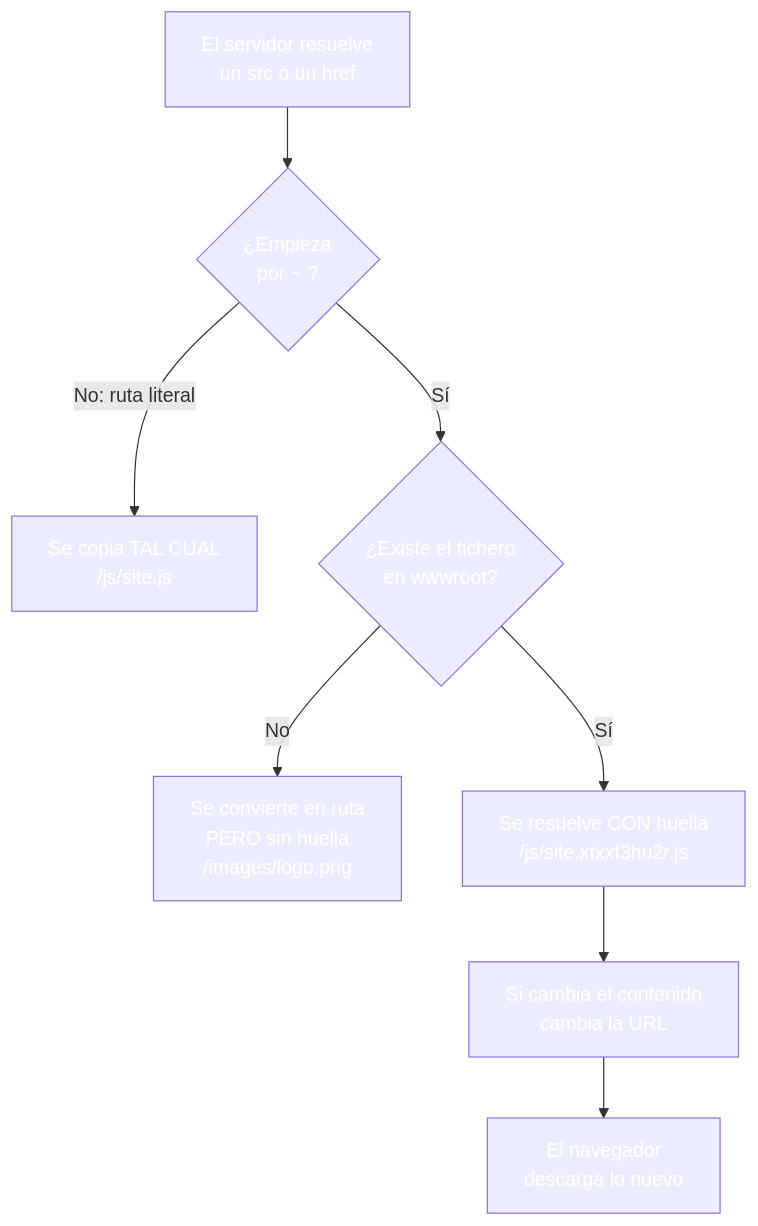
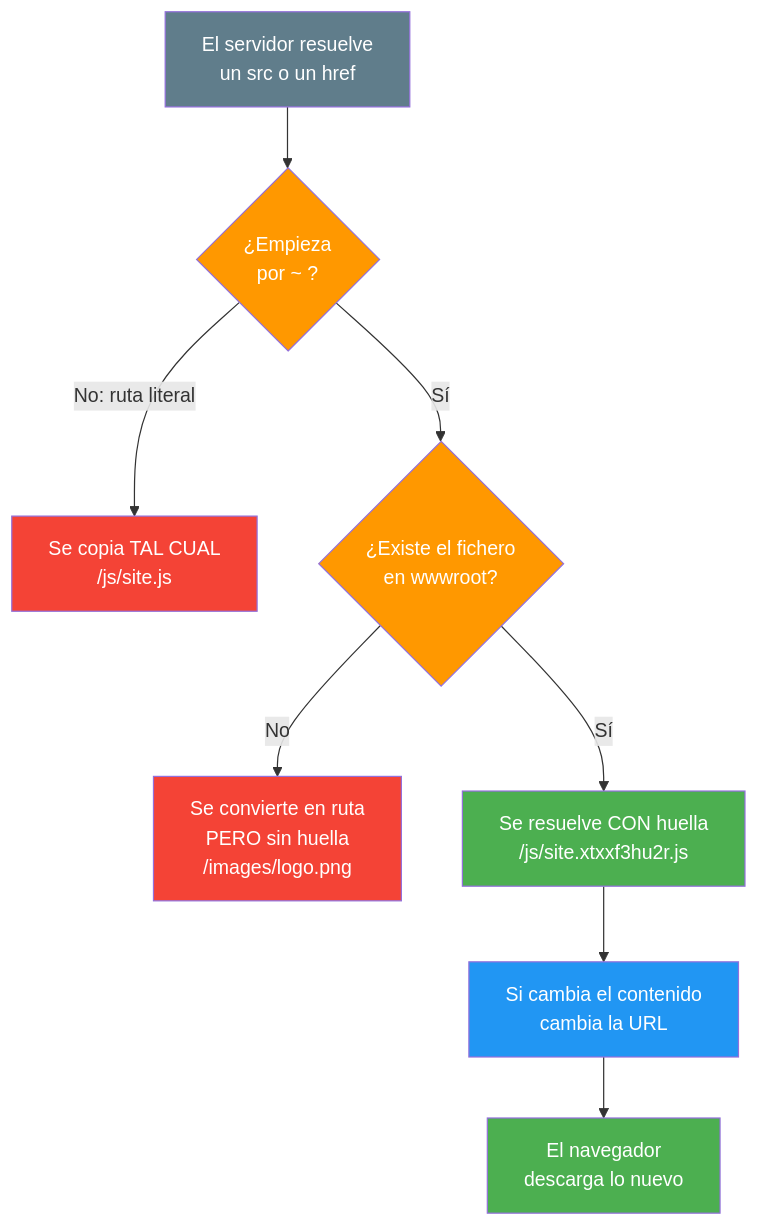
The third of 5 diagrams in 06-taghelpers.md (joseluisgs/DesarrolloWebEntornosServidor-03-2026-2027), drawn with Mermaid before and after one commit. The commit also changed other lines of this file and 25 other files, not shown here.

Commit message:
docs: corregir los estilos Mermaid de los temas y alinear el dominio del tema 25 con ProductosApp

````diff
--- a/06-taghelpers.md
+++ b/06-taghelpers.md
@@ -209,19 +209,19 @@
 ```mermaid
 graph TD
     A["El servidor resuelve<br/>un src o un href"] --> B{"¿Empieza<br/>por ~ ?"}
     B -->|"No: ruta literal"| C["Se copia TAL CUAL<br/>/js/site.js"]
     B -->|"Sí"| D{"¿Existe el fichero<br/>en wwwroot?"}
     D -->|"No"| E["Se convierte en ruta<br/>PERO sin huella<br/>/images/logo.png"]
     D -->|"Sí"| F["Se resuelve CON huella<br/>/js/site.xtxxf3hu2r.js"]
     F --> G["Si cambia el contenido<br/>cambia la URL"]
     G --> H["El navegador<br/>descarga lo nuevo"]
 
-    style A fill:#607D8,color:#fffB,color:#fff
-    style B fill:#FF980,color:#fff0,color:#fff
-    style C fill:#f4433,color:#fff6,color:#fff
-    style D fill:#FF980,color:#fff0,color:#fff
-    style E fill:#f4433,color:#fff6,color:#fff
-    style F fill:#4CAF5,color:#fff0,color:#fff
-    style G fill:#2196F,color:#fff3,color:#fff
-    style H fill:#4CAF5,color:#fff0,color:#fff
+    style A fill:#607D8B,color:#fff
+    style B fill:#FF9800,color:#fff
+    style C fill:#f44336,color:#fff
+    style D fill:#FF9800,color:#fff
+    style E fill:#f44336,color:#fff
+    style F fill:#4CAF50,color:#fff
+    style G fill:#2196F3,color:#fff
+    style H fill:#4CAF50,color:#fff
 ```
````
